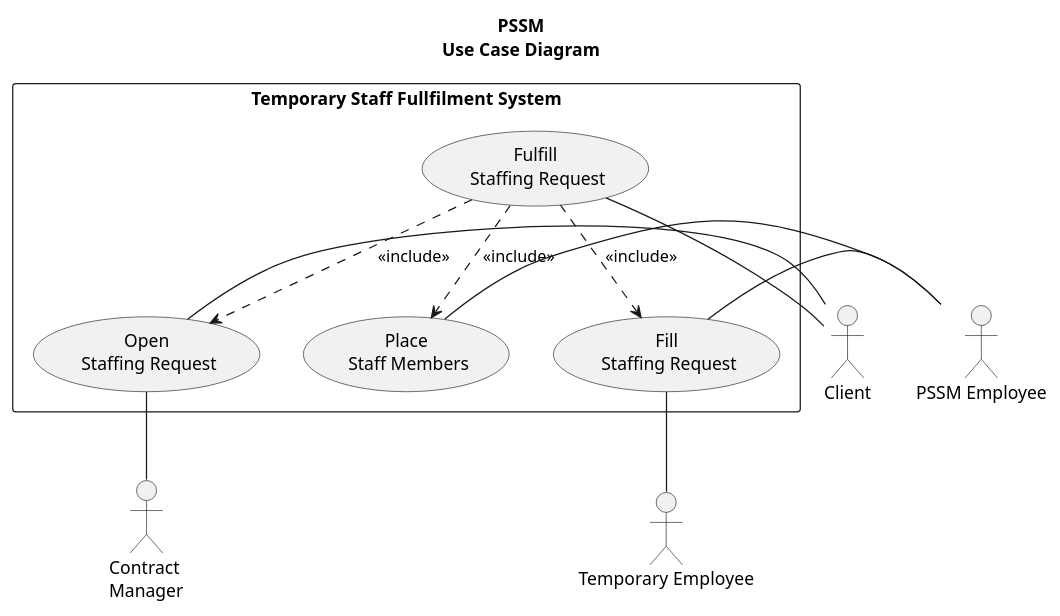
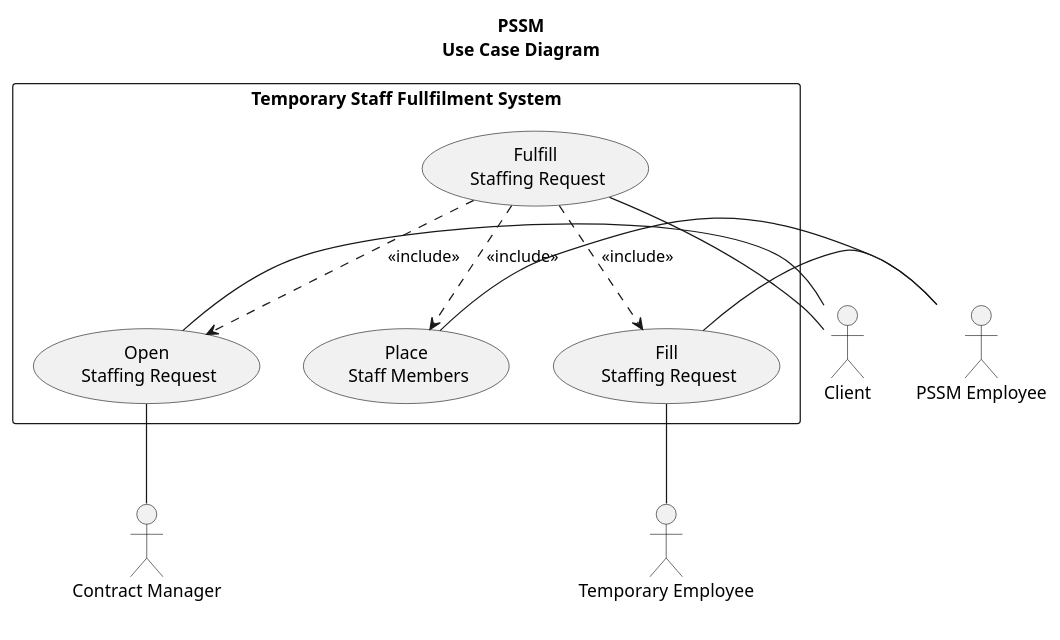
One commit to Nuissance/CIS641-capstone changed the diagram in Analysis/functional/PSSM_staff_fullfilment_uc.puml. Above: the diagram before and after it, drawn with PlantUML. The commit also changed 3 other files, not shown here.

```diff
--- a/Analysis/functional/PSSM_staff_fullfilment_uc.puml
+++ b/Analysis/functional/PSSM_staff_fullfilment_uc.puml
@@ -1,28 +1,28 @@
 @startuml
 skinparam monochrome true
 'left to right direction
 title PSSM\nUse Case Diagram
 
 rectangle "Temporary Staff Fullfilment System" as S {
     (Fulfill\n Staffing Request) as FFSR
     (Open\n Staffing Request) as OSR
     (Place\n Staff Members) as PSM
     (Fill\n Staffing Request) as FSR
 }
 FFSR ..> OSR : <<include>>
 FFSR ..> PSM : <<include>>
 FFSR ..> FSR : <<include>>
 
-:Contract \nManager: as CM
-:Client: as C
-:PSSM Employee: as PE
-:Temporary Employee: as TE
+:Contract Manager\n: as CM
+:Client\n: as C
+:PSSM Employee\n: as PE
+:Temporary Employee\n: as TE
 
 FSR -down- TE
 OSR -down- CM
 FFSR - C
 OSR - C
 PSM - PE
 FSR - PE
 
 @enduml
```
